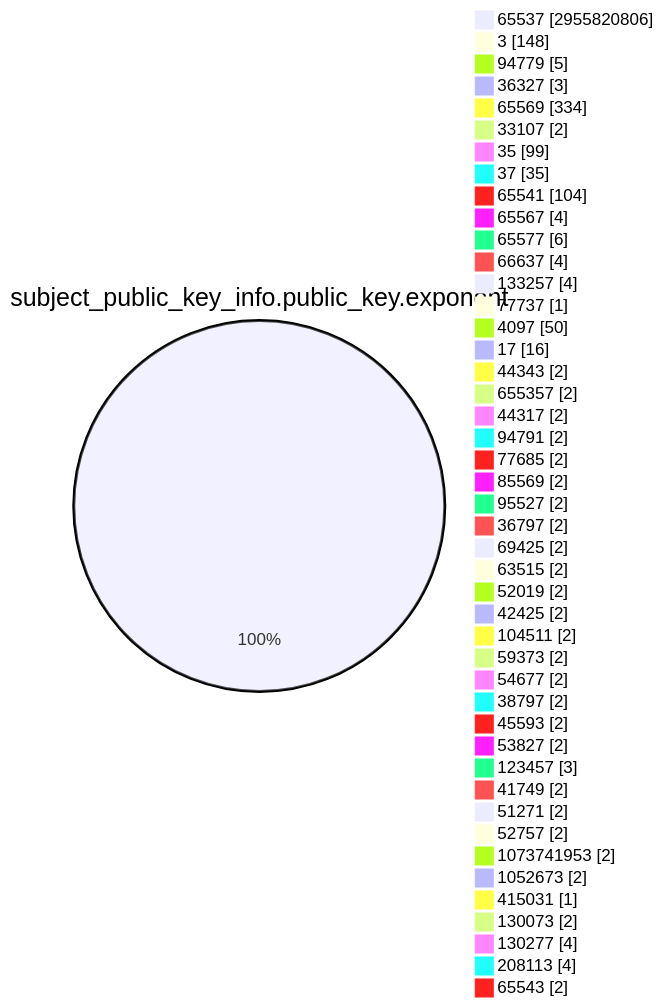
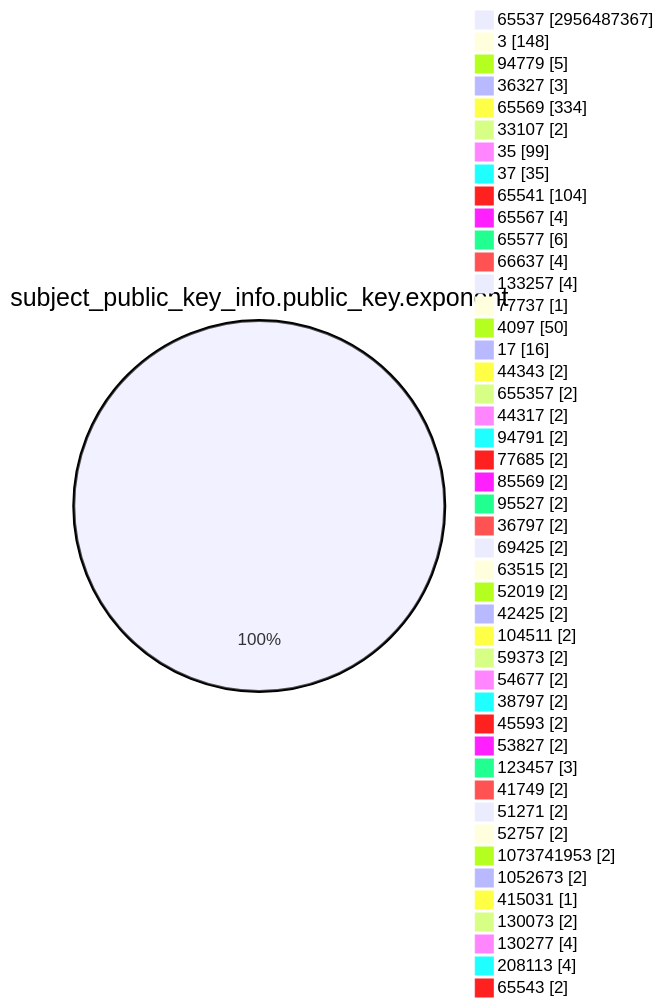
The fourth of 15 diagrams in TOTAL/README.md (christiankrug/ctmonitor_visualization), drawn with Mermaid before and after one commit. The commit also changed other lines of this file, not shown here.

````diff
--- a/TOTAL/README.md
+++ b/TOTAL/README.md
@@ -1471,49 +1471,49 @@
 ```mermaid
 pie showData
 title subject_public_key_info.public_key.exponent
-"65537" :2955820806
+"65537" :2956487367
 "3" :148
 "94779" :5
 "36327" :3
 "65569" :334
 "33107" :2
 "35" :99
 "37" :35
 "65541" :104
 "65567" :4
 "65577" :6
 "66637" :4
 "133257" :4
 "77737" :1
 "4097" :50
 "17" :16
 "44343" :2
 "655357" :2
 "44317" :2
 "94791" :2
 "77685" :2
 "85569" :2
 "95527" :2
 "36797" :2
 "69425" :2
 "63515" :2
 "52019" :2
 "42425" :2
 "104511" :2
 "59373" :2
 "54677" :2
 "38797" :2
 "45593" :2
 "53827" :2
 "123457" :3
 "41749" :2
 "51271" :2
 "52757" :2
 "1073741953" :2
 "1052673" :2
 "415031" :1
 "130073" :2
 "130277" :4
 "208113" :4
 "65543" :2
 ```
````
